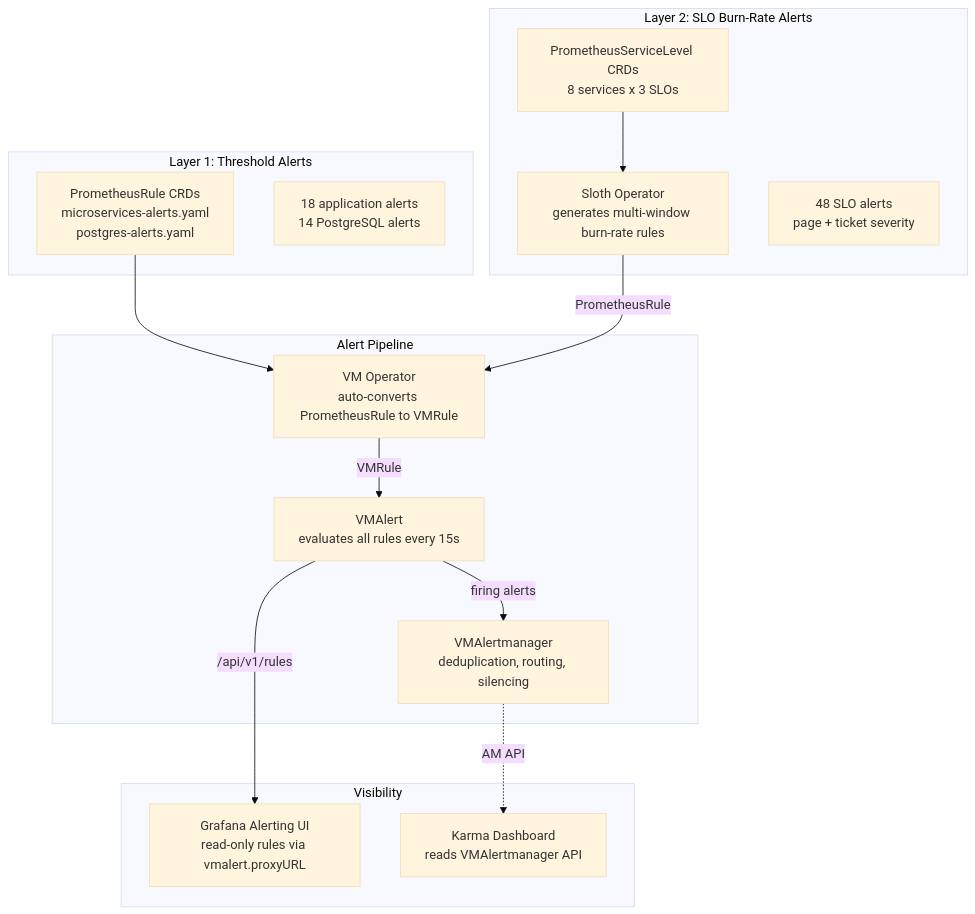
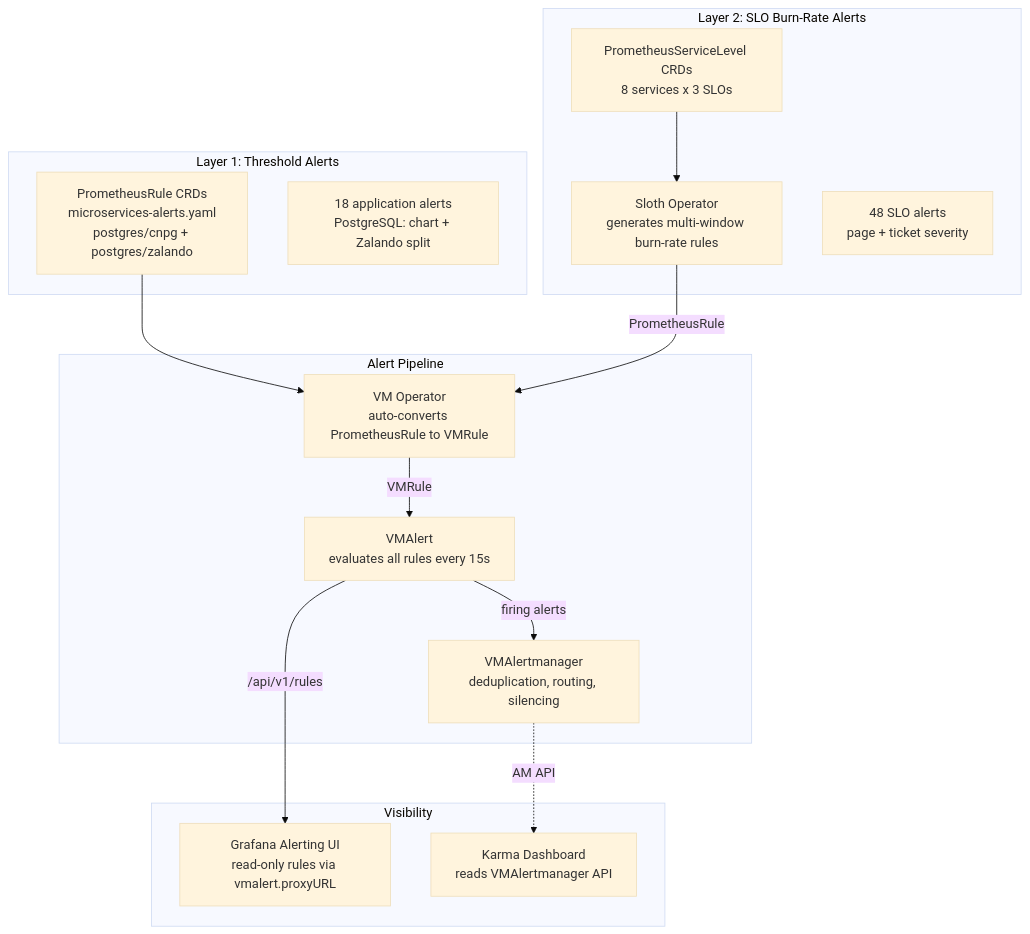
The second of 3 diagrams in docs/observability/alerting/README.md (duynhlab/homelab), drawn with Mermaid (base theme) before and after one commit. The commit also changed other lines of this file and 131 other files, not shown here.

````diff
--- a/docs/observability/alerting/README.md
+++ b/docs/observability/alerting/README.md
@@ -80,32 +80,32 @@
 ```mermaid
 flowchart TD
     subgraph layer1 ["Layer 1: Threshold Alerts"]
-        PR1["PrometheusRule CRDs<br/>microservices-alerts.yaml<br/>postgres-alerts.yaml"]
-        T1["18 application alerts<br/>14 PostgreSQL alerts"]
+        PR1["PrometheusRule CRDs<br/>microservices-alerts.yaml<br/>postgres/cnpg + postgres/zalando"]
+        T1["18 application alerts<br/>PostgreSQL: chart + Zalando split"]
     end
 
     subgraph layer2 ["Layer 2: SLO Burn-Rate Alerts"]
         PSL["PrometheusServiceLevel CRDs<br/>8 services x 3 SLOs"]
         Sloth["Sloth Operator<br/>generates multi-window burn-rate rules"]
         T2["48 SLO alerts<br/>page + ticket severity"]
     end
 
     subgraph pipeline ["Alert Pipeline"]
         VMOp["VM Operator<br/>auto-converts PrometheusRule to VMRule"]
         VMAlert["VMAlert<br/>evaluates all rules every 15s"]
         VMAM["VMAlertmanager<br/>deduplication, routing, silencing"]
     end
 
     subgraph viz [Visibility]
         Grafana["Grafana Alerting UI<br/>read-only rules via vmalert.proxyURL"]
         Karma["Karma Dashboard<br/>reads VMAlertmanager API"]
     end
 
     PR1 --> VMOp
     PSL --> Sloth
     Sloth -->|"PrometheusRule"| VMOp
     VMOp -->|"VMRule"| VMAlert
     VMAlert -->|"firing alerts"| VMAM
     VMAlert -->|"/api/v1/rules"| Grafana
     VMAM -.->|"AM API"| Karma
 ```
````
